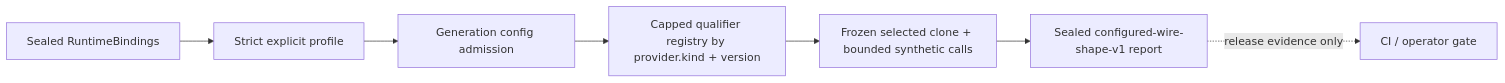
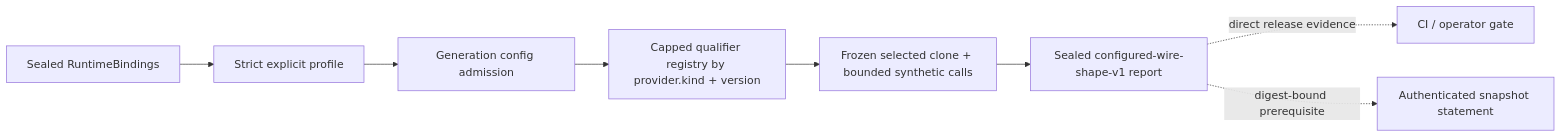
The third of 4 diagrams in docs/architecture.md (aantenore/stagefabric), drawn with Mermaid before and after one commit. The commit also changed other lines of this file and 6 other files, not shown here.

Commit message:
docs: document authenticated snapshot operations

````diff
--- a/docs/architecture.md
+++ b/docs/architecture.md
@@ -33,9 +33,10 @@
 ```mermaid
 flowchart LR
   B["Sealed RuntimeBindings"] --> S["Strict explicit profile"]
   S --> A["Generation config admission"]
   A --> R["Capped qualifier registry by provider.kind + version"]
   R --> Q["Frozen selected clone + bounded synthetic calls"]
   Q --> E["Sealed configured-wire-shape-v1 report"]
-  E -. "release evidence only" .-> C["CI / operator gate"]
+  E -. "direct release evidence" .-> C["CI / operator gate"]
+  E -. "digest-bound prerequisite" .-> T["Authenticated snapshot statement"]
 ```
````
